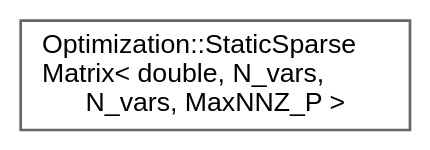
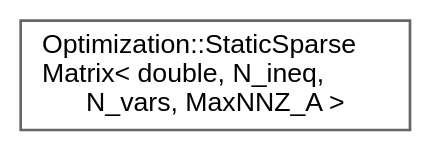
Before and after one commit to jswoo0615/Algorithms_for_Optimization_cpp: the diagram in inherit_graph_65.dot, drawn with Graphviz. The commit also changed 137 other files, not shown here.

```diff
--- a/inherit_graph_65.dot
+++ b/inherit_graph_65.dot
@@ -1,9 +1,9 @@
 digraph "Graphical Class Hierarchy"
 {
  // LATEX_PDF_SIZE
   bgcolor="transparent";
   edge [fontname=Helvetica,fontsize=10,labelfontname=Helvetica,labelfontsize=10];
   node [fontname=Helvetica,fontsize=10,shape=box,height=0.2,width=0.4];
   rankdir="LR";
-  Node0 [id="Node000000",label="Optimization::StaticSparse\lMatrix\< double, N_vars,\l N_vars, MaxNNZ_P \>",height=0.2,width=0.4,color="grey40", fillcolor="white", style="filled",URL="$classOptimization_1_1StaticSparseMatrix.html",tooltip=" "];
+  Node0 [id="Node000000",label="Optimization::StaticSparse\lMatrix\< double, N_ineq,\l N_vars, MaxNNZ_A \>",height=0.2,width=0.4,color="grey40", fillcolor="white", style="filled",URL="$classOptimization_1_1StaticSparseMatrix.html",tooltip=" "];
 }
```
